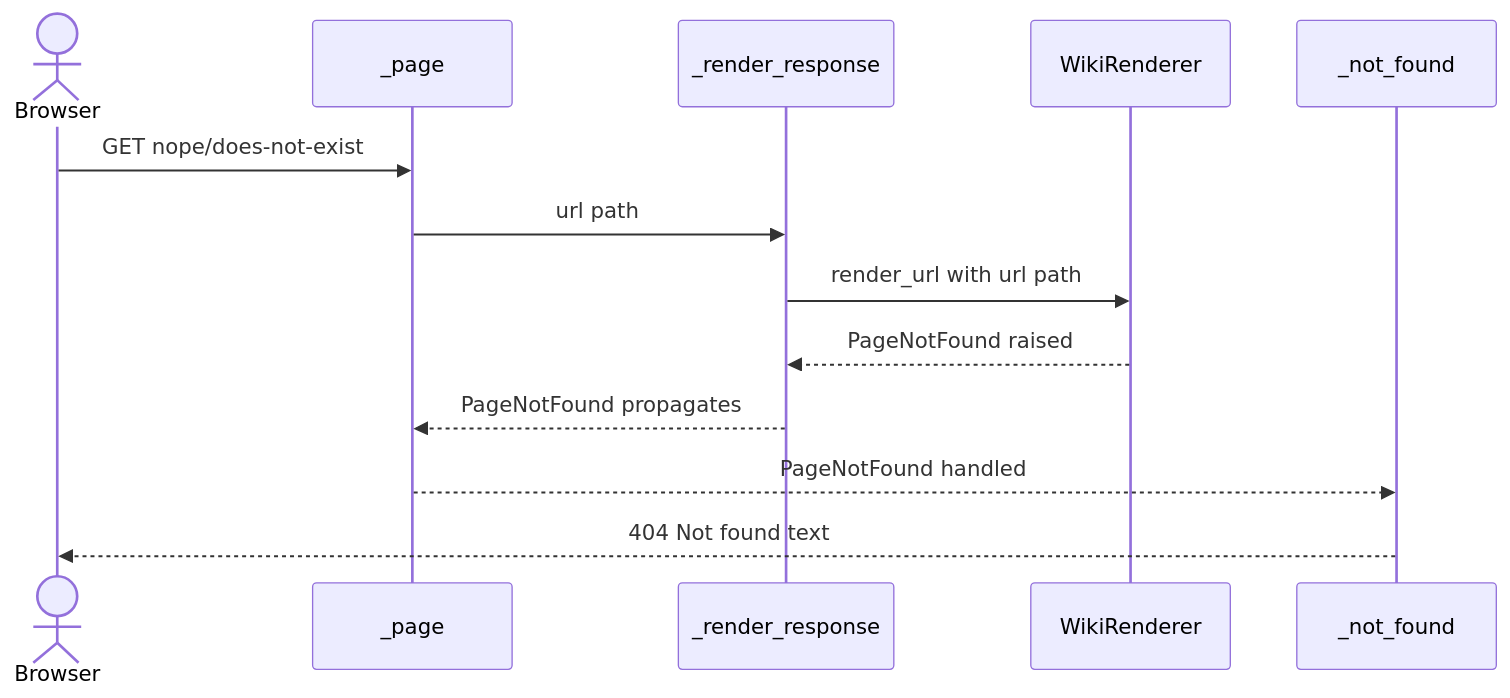
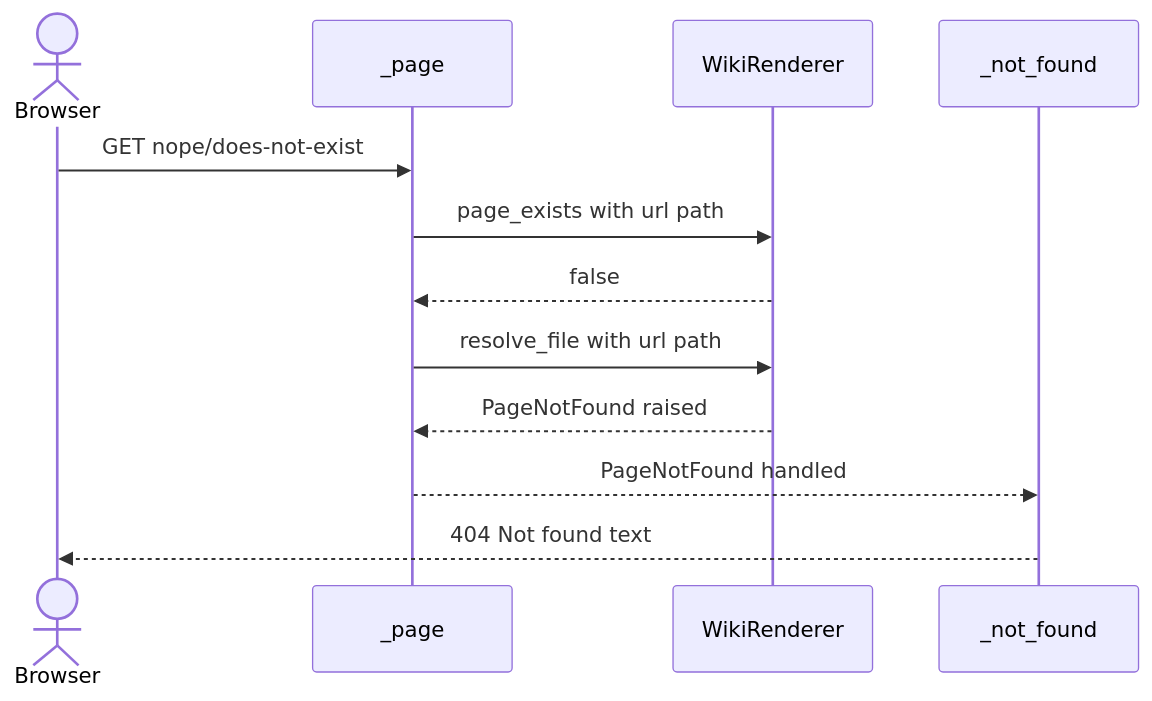
One commit to manuelagirre/mdwiki changed the third of 9 diagrams in wiki/features/Page-Shell-and-Asset-Serving.md. Above: the diagram before and after it, drawn with Mermaid. The commit also changed other lines of this file and 9 other files, not shown here.

````diff
--- a/wiki/features/Page-Shell-and-Asset-Serving.md
+++ b/wiki/features/Page-Shell-and-Asset-Serving.md
@@ -135,15 +139,14 @@
 ```mermaid
 sequenceDiagram
     actor Browser
     participant _page
-    participant _render_response
     participant WikiRenderer
     participant _not_found
     Browser->>_page: GET nope/does-not-exist
-    _page->>_render_response: url path
-    _render_response->>WikiRenderer: render_url with url path
-    WikiRenderer-->>_render_response: PageNotFound raised
-    _render_response-->>_page: PageNotFound propagates
+    _page->>WikiRenderer: page_exists with url path
+    WikiRenderer-->>_page: false
+    _page->>WikiRenderer: resolve_file with url path
+    WikiRenderer-->>_page: PageNotFound raised
     _page-->>_not_found: PageNotFound handled
     _not_found-->>Browser: 404 Not found text
 ```
````
